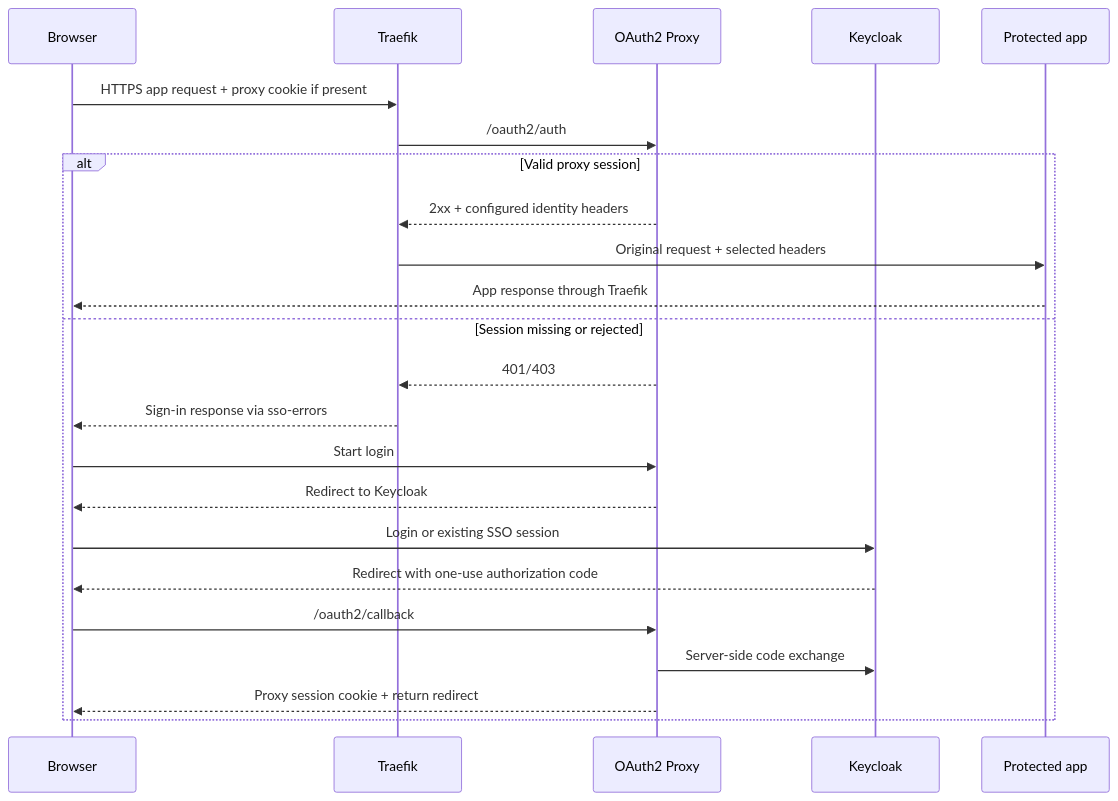
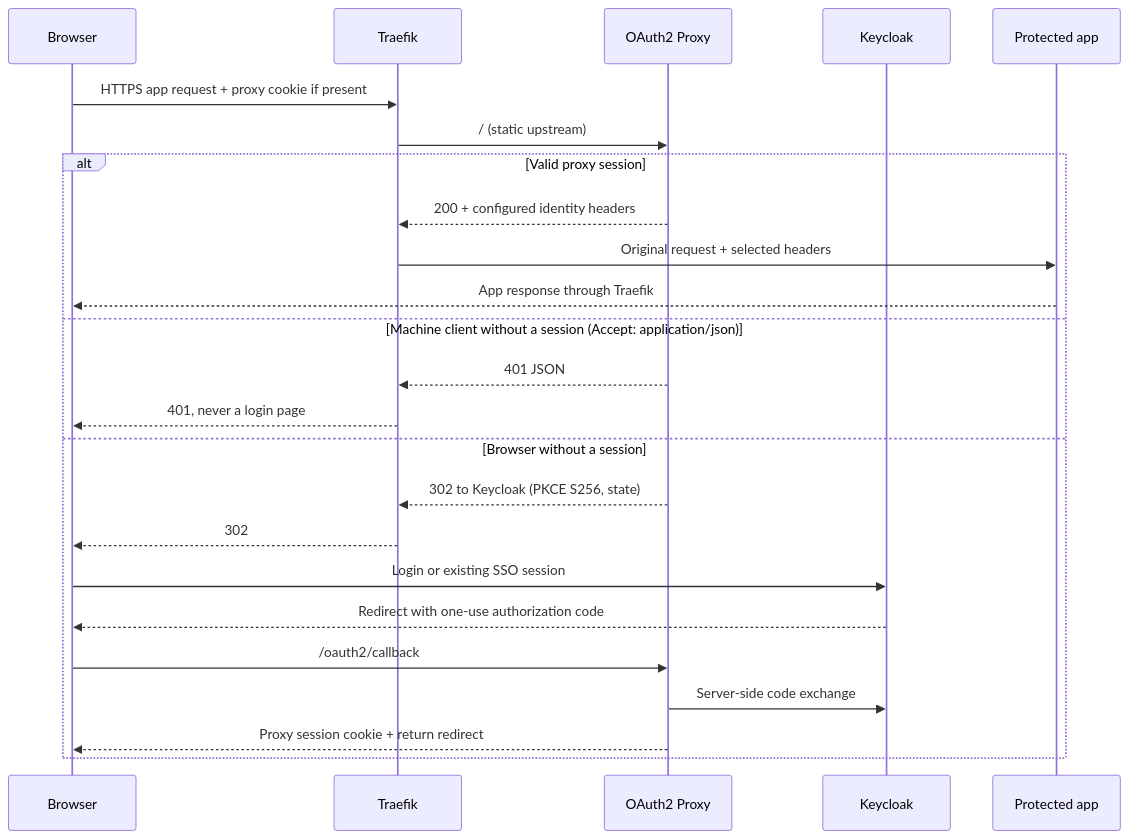
The first of 2 diagrams in docs/05.operations/guides/0079-application-auth-integration.md (buenhyden/hy-home.docker), drawn with Mermaid before and after one commit. The commit also changed other lines of this file and 4 other files, not shown here.

First line of the commit message:
fix(gateway): Answer a machine client 401 instead of a login redirect

````diff
--- a/docs/05.operations/guides/0079-application-auth-integration.md
+++ b/docs/05.operations/guides/0079-application-auth-integration.md
@@ -72,25 +72,26 @@
 ```mermaid
 sequenceDiagram
     participant B as Browser
     participant T as Traefik
     participant P as OAuth2 Proxy
     participant K as Keycloak
     participant A as Protected app
     B->>T: HTTPS app request + proxy cookie if present
-    T->>P: /oauth2/auth
+    T->>P: / (static upstream)
     alt Valid proxy session
-        P-->>T: 2xx + configured identity headers
+        P-->>T: 200 + configured identity headers
         T->>A: Original request + selected headers
         A-->>B: App response through Traefik
-    else Session missing or rejected
-        P-->>T: 401/403
-        T-->>B: Sign-in response via sso-errors
-        B->>P: Start login
-        P-->>B: Redirect to Keycloak
+    else Machine client without a session (Accept: application/json)
+        P-->>T: 401 JSON
+        T-->>B: 401, never a login page
+    else Browser without a session
+        P-->>T: 302 to Keycloak (PKCE S256, state)
+        T-->>B: 302
         B->>K: Login or existing SSO session
         K-->>B: Redirect with one-use authorization code
         B->>P: /oauth2/callback
         P->>K: Server-side code exchange
         P-->>B: Proxy session cookie + return redirect
     end
 ```
````
